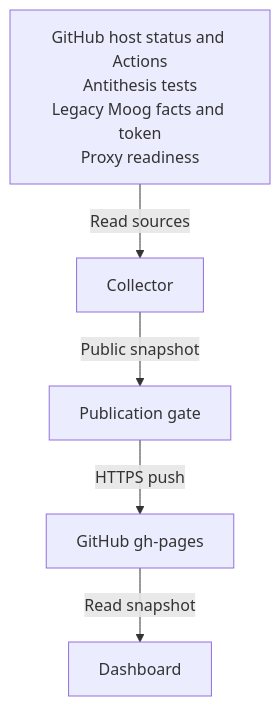
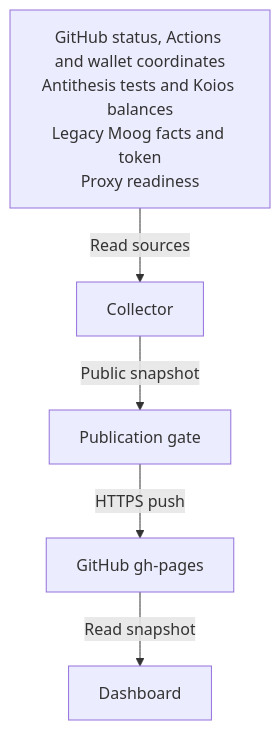
One commit to lambdasistemi/moog-antithesis-dashboard changed the diagram in README.md. Above: the diagram before and after it, drawn with Mermaid. The commit also changed other lines of this file and 14 other files, not shown here.

Commit message:
feat: collect public wallet balances and simplify pipeline cards

````diff
--- a/README.md
+++ b/README.md
@@ -46,7 +50,7 @@
 ```mermaid
 flowchart TB
-    I[GitHub host status and Actions<br/>Antithesis tests<br/>Legacy Moog facts and token<br/>Proxy readiness] -->|Read sources| C[Collector]
+    I[GitHub status, Actions and wallet coordinates<br/>Antithesis tests and Koios balances<br/>Legacy Moog facts and token<br/>Proxy readiness] -->|Read sources| C[Collector]
     C -->|Public snapshot| V[Publication gate]
     V -->|HTTPS push| H[GitHub gh-pages]
     H -->|Read snapshot| D[Dashboard]
 ```
````
